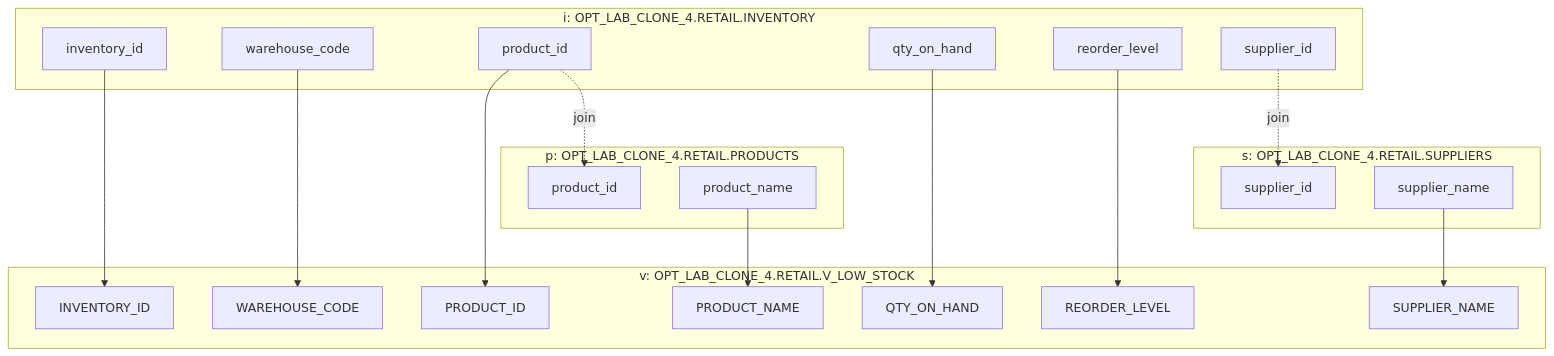
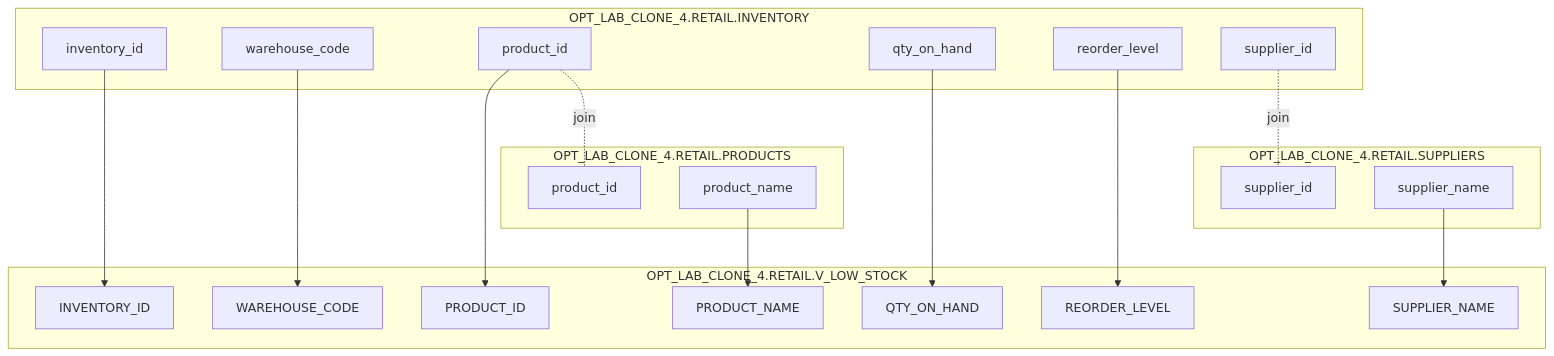
The diagram in OPT_LAB_CLONE_4/executions/V_LOW_STOCK_VIEW_2026-07-12T08:30:00Z/column-lineage.md (JosephMoustaid/documentation-and-optimization-archive), drawn with Mermaid before and after one commit. The commit also changed other lines of this file, not shown here.

Commit message:
docs(OPT_LAB_CLONE_4): persist artifacts for V_LOW_STOCK VIEW exec-2026-07-12T08:30:00Z

````diff
--- a/OPT_LAB_CLONE_4/executions/V_LOW_STOCK_VIEW_2026-07-12T08:30:00Z/column-lineage.md
+++ b/OPT_LAB_CLONE_4/executions/V_LOW_STOCK_VIEW_2026-07-12T08:30:00Z/column-lineage.md
@@ -15,43 +17,42 @@
 ```mermaid
 flowchart TB
-  subgraph INVENTORY[i: OPT_LAB_CLONE_4.RETAIL.INVENTORY]
-    i_inventory_id[inventory_id]
-    i_warehouse_code[warehouse_code]
-    i_product_id[product_id]
-    i_qty_on_hand[qty_on_hand]
-    i_reorder_level[reorder_level]
-    i_supplier_id[supplier_id]
+  subgraph INV[OPT_LAB_CLONE_4.RETAIL.INVENTORY]
+    inv_inventory_id[inventory_id]
+    inv_warehouse_code[warehouse_code]
+    inv_product_id[product_id]
+    inv_qty_on_hand[qty_on_hand]
+    inv_reorder_level[reorder_level]
+    inv_supplier_id[supplier_id]
   end
 
-  subgraph PRODUCTS[p: OPT_LAB_CLONE_4.RETAIL.PRODUCTS]
-    p_product_id[product_id]
-    p_product_name[product_name]
+  subgraph PROD[OPT_LAB_CLONE_4.RETAIL.PRODUCTS]
+    prod_product_id[product_id]
+    prod_product_name[product_name]
   end
 
-  subgraph SUPPLIERS[s: OPT_LAB_CLONE_4.RETAIL.SUPPLIERS]
-    s_supplier_id[supplier_id]
-    s_supplier_name[supplier_name]
+  subgraph SUP[OPT_LAB_CLONE_4.RETAIL.SUPPLIERS]
+    sup_supplier_id[supplier_id]
+    sup_supplier_name[supplier_name]
   end
 
-  subgraph VIEW[v: OPT_LAB_CLONE_4.RETAIL.V_LOW_STOCK]
+  subgraph V[OPT_LAB_CLONE_4.RETAIL.V_LOW_STOCK]
     v_inventory_id[INVENTORY_ID]
     v_warehouse_code[WAREHOUSE_CODE]
     v_product_id[PRODUCT_ID]
     v_qty_on_hand[QTY_ON_HAND]
     v_reorder_level[REORDER_LEVEL]
     v_product_name[PRODUCT_NAME]
     v_supplier_name[SUPPLIER_NAME]
   end
 
-  i_inventory_id --> v_inventory_id
-  i_warehouse_code --> v_warehouse_code
-  i_product_id --> v_product_id
-  i_qty_on_hand --> v_qty_on_hand
-  i_reorder_level --> v_reorder_level
+  inv_inventory_id --> v_inventory_id
+  inv_warehouse_code --> v_warehouse_code
+  inv_product_id --> v_product_id
+  inv_qty_on_hand --> v_qty_on_hand
+  inv_reorder_level --> v_reorder_level
+  prod_product_name --> v_product_name
+  sup_supplier_name --> v_supplier_name
 
-  p_product_name --> v_product_name
-  s_supplier_name --> v_supplier_name
-
-  i_product_id -. join .-> p_product_id
-  i_supplier_id -. join .-> s_supplier_id
+  inv_product_id -. join .- prod_product_id
+  inv_supplier_id -. join .- sup_supplier_id
 ```
````
